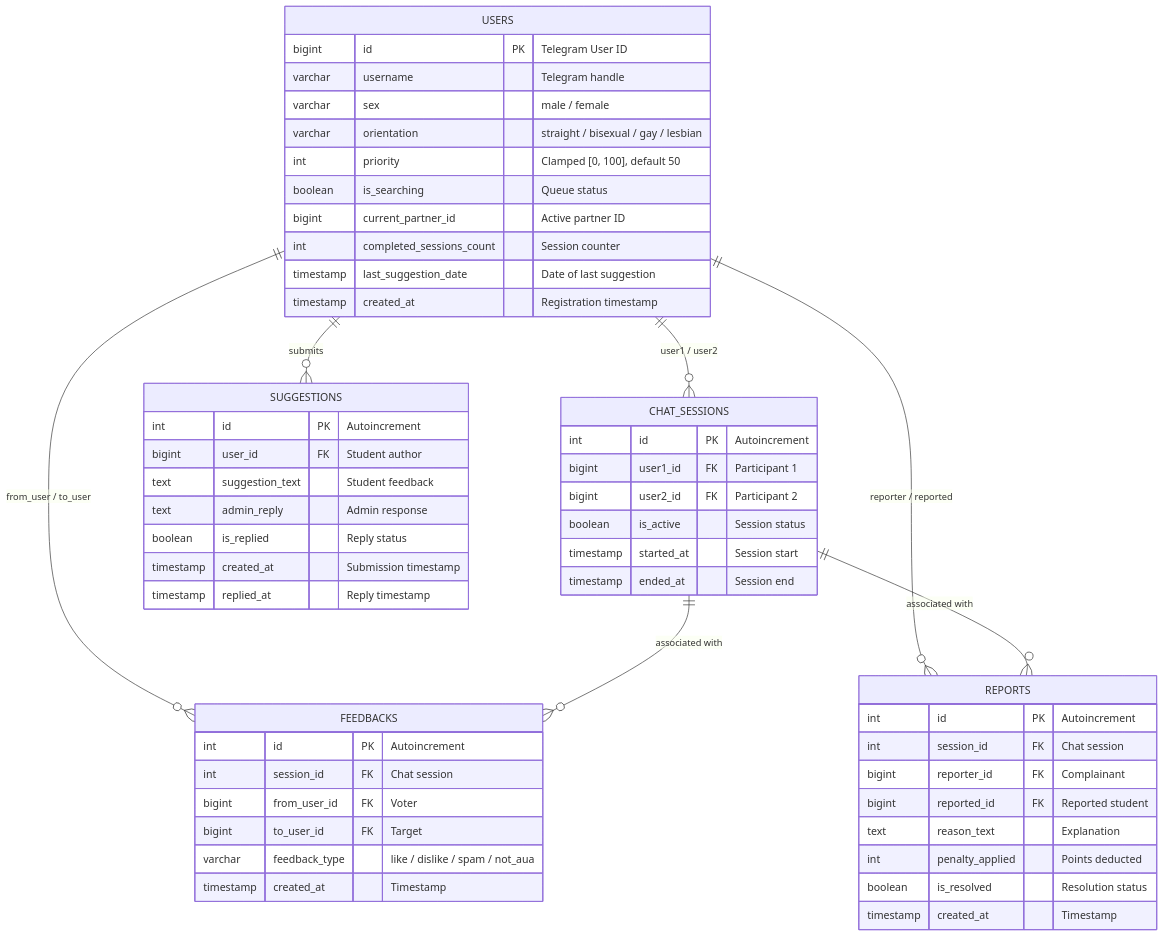
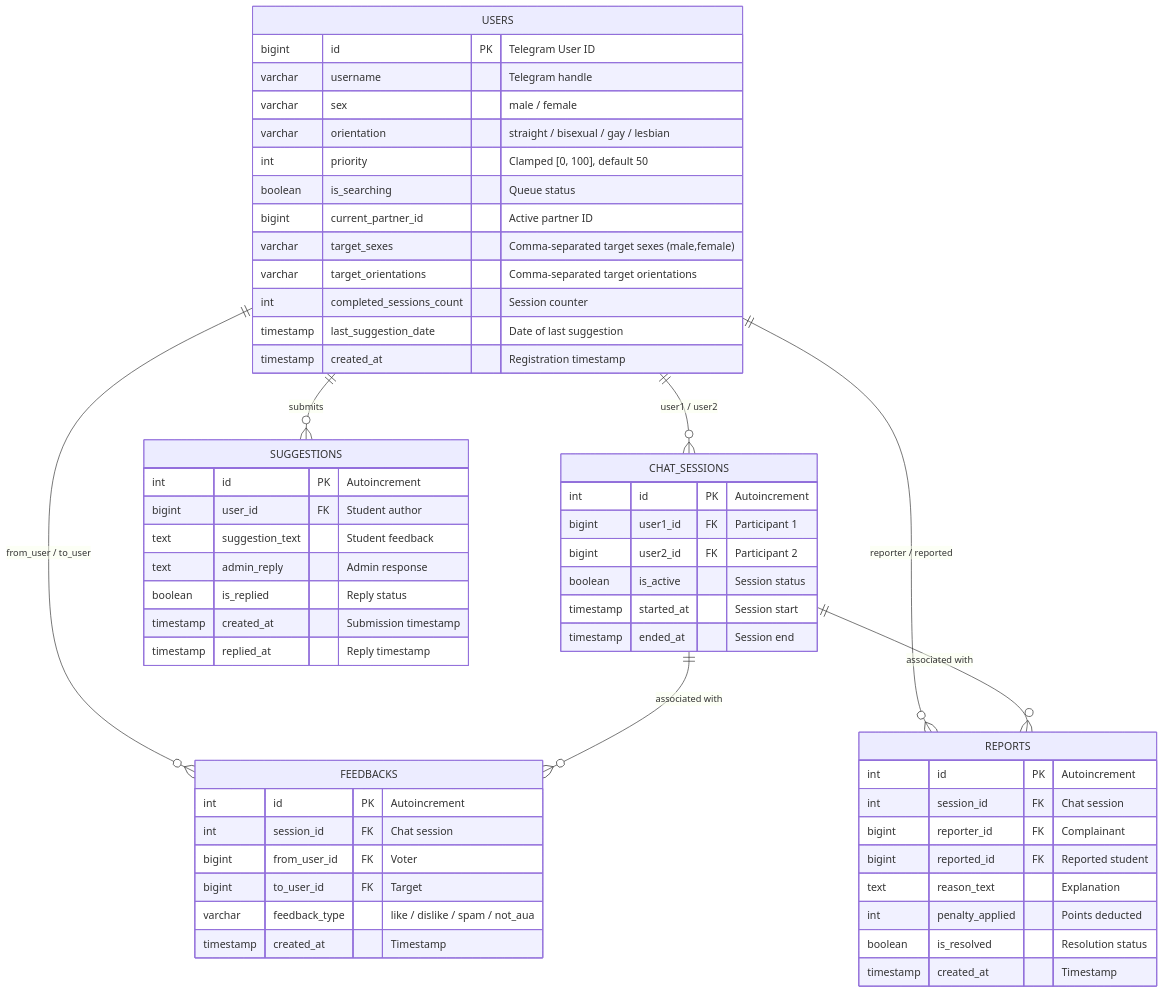
One commit to GorSargsyan2004/Anonymous-AUA changed the second of 2 diagrams in README.md. Above: the diagram before and after it, drawn with Mermaid. The commit also changed other lines of this file and 10 other files, not shown here.

````diff
--- a/README.md
+++ b/README.md
@@ -180,61 +191,63 @@
 ```mermaid
 erDiagram
     USERS ||--o{ CHAT_SESSIONS : "user1 / user2"
     USERS ||--o{ FEEDBACKS : "from_user / to_user"
     USERS ||--o{ REPORTS : "reporter / reported"
     USERS ||--o{ SUGGESTIONS : "submits"
     CHAT_SESSIONS ||--o{ FEEDBACKS : "associated with"
     CHAT_SESSIONS ||--o{ REPORTS : "associated with"
 
     USERS {
         bigint id PK "Telegram User ID"
         varchar username "Telegram handle"
         varchar sex "male / female"
         varchar orientation "straight / bisexual / gay / lesbian"
         int priority "Clamped [0, 100], default 50"
         boolean is_searching "Queue status"
         bigint current_partner_id "Active partner ID"
+        varchar target_sexes "Comma-separated target sexes (male,female)"
+        varchar target_orientations "Comma-separated target orientations"
         int completed_sessions_count "Session counter"
         timestamp last_suggestion_date "Date of last suggestion"
         timestamp created_at "Registration timestamp"
     }
 
     CHAT_SESSIONS {
         int id PK "Autoincrement"
         bigint user1_id FK "Participant 1"
         bigint user2_id FK "Participant 2"
         boolean is_active "Session status"
         timestamp started_at "Session start"
         timestamp ended_at "Session end"
     }
 
     FEEDBACKS {
         int id PK "Autoincrement"
         int session_id FK "Chat session"
         bigint from_user_id FK "Voter"
         bigint to_user_id FK "Target"
         varchar feedback_type "like / dislike / spam / not_aua"
         timestamp created_at "Timestamp"
     }
 
     REPORTS {
         int id PK "Autoincrement"
         int session_id FK "Chat session"
         bigint reporter_id FK "Complainant"
         bigint reported_id FK "Reported student"
         text reason_text "Explanation"
         int penalty_applied "Points deducted"
         boolean is_resolved "Resolution status"
         timestamp created_at "Timestamp"
     }
 
     SUGGESTIONS {
         int id PK "Autoincrement"
         bigint user_id FK "Student author"
         text suggestion_text "Student feedback"
         text admin_reply "Admin response"
         boolean is_replied "Reply status"
         timestamp created_at "Submission timestamp"
         timestamp replied_at "Reply timestamp"
     }
 ```
````
